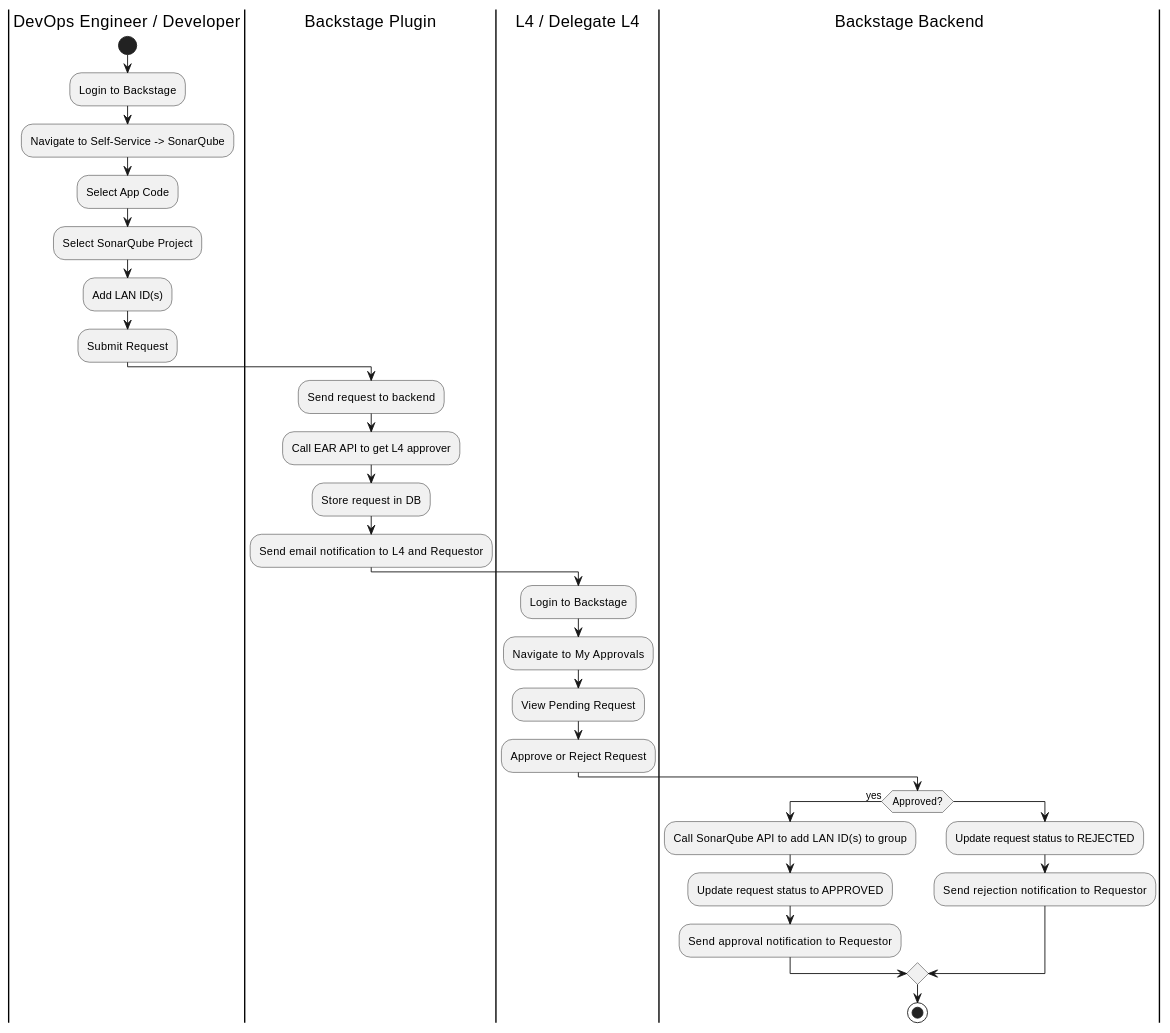
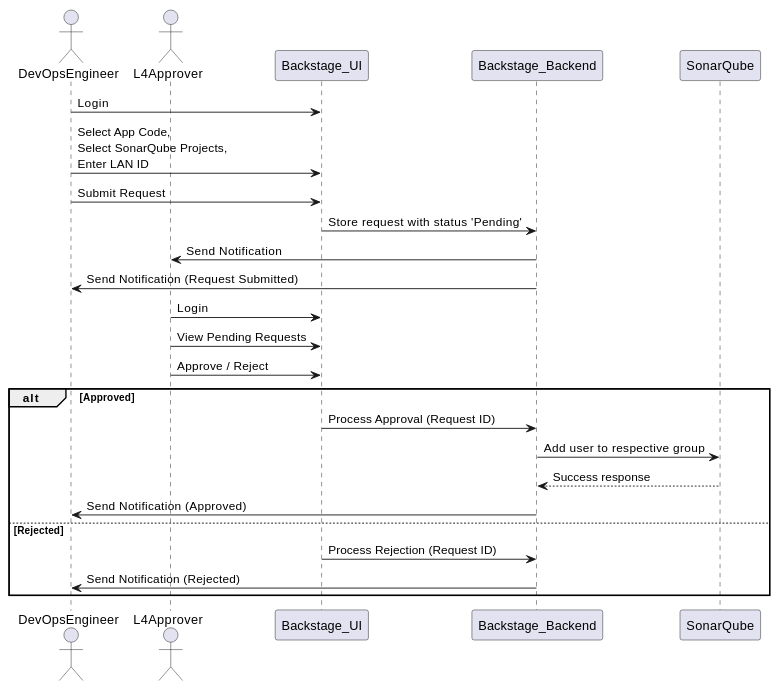
Before and after one commit to sanjaypakale/practice: the diagram in dummy/design-docs/self-service/sonarqube-flow.md, drawn with PlantUML.

```diff
--- a/dummy/design-docs/self-service/sonarqube-flow.md
+++ b/dummy/design-docs/self-service/sonarqube-flow.md
@@ -1,34 +1,28 @@
 @startuml
-|DevOps Engineer / Developer|
-start
-:Login to Backstage;
-:Navigate to Self-Service -> SonarQube;
-:Select App Code;
-:Select SonarQube Project;
-:Add LAN ID(s);
-:Submit Request;
+actor DevOpsEngineer as Dev
+actor L4Approver as L4
+participant Backstage_UI as UI
+participant Backstage_Backend as Backend
+participant SonarQube
 
-|Backstage Plugin|
-:Send request to backend;
-:Call EAR API to get L4 approver;
-:Store request in DB;
-:Send email notification to L4 and Requestor;
+Dev -> UI : Login
+Dev -> UI : Select App Code,\nSelect SonarQube Projects,\nEnter LAN ID
+Dev -> UI : Submit Request
+UI -> Backend : Store request with status 'Pending'
+Backend -> L4 : Send Notification
+Backend -> Dev : Send Notification (Request Submitted)
 
-|L4 / Delegate L4|
-:Login to Backstage;
-:Navigate to My Approvals;
-:View Pending Request;
-:Approve or Reject Request;
+L4 -> UI : Login
+L4 -> UI : View Pending Requests
+L4 -> UI : Approve / Reject
 
-|Backstage Backend|
-if (Approved?) then (yes)
-  :Call SonarQube API to add LAN ID(s) to group;
-  :Update request status to APPROVED;
-  :Send approval notification to Requestor;
-else
-  :Update request status to REJECTED;
-  :Send rejection notification to Requestor;
-endif
-
-stop
+alt Approved
+    UI -> Backend : Process Approval (Request ID)
+    Backend -> SonarQube : Add user to respective group
+    SonarQube --> Backend : Success response
+    Backend -> Dev : Send Notification (Approved)
+else Rejected
+    UI -> Backend : Process Rejection (Request ID)
+    Backend -> Dev : Send Notification (Rejected)
+end
 @enduml
```
